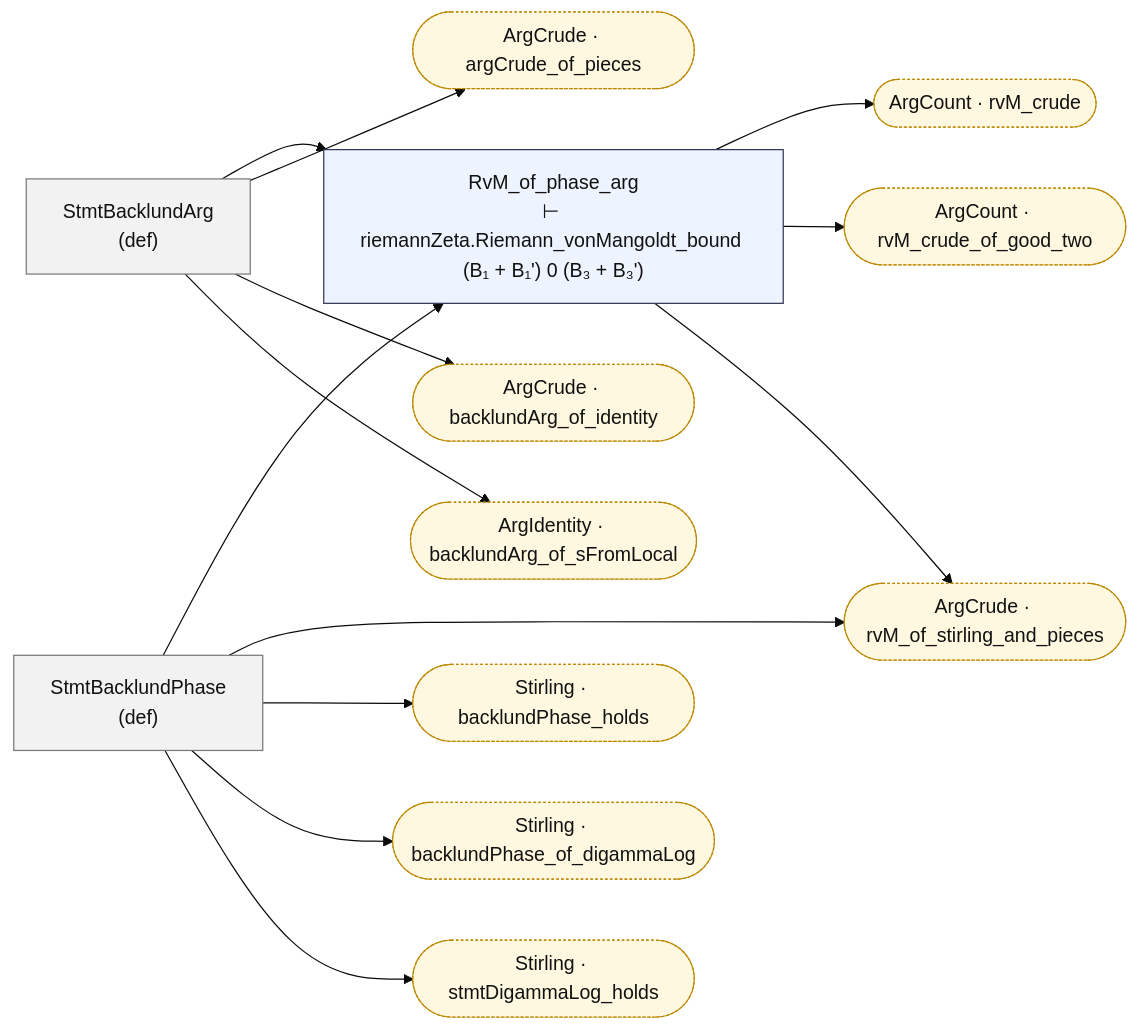
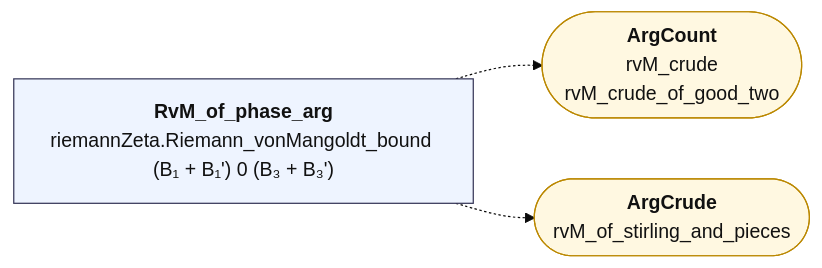
The diagram in map/lean_stage3/RvMCrude.md (juliansambranojr/Primebeat_081426), drawn with Mermaid (base theme) before and after one commit. The commit also changed other lines of this file and 387 other files, not shown here.

````diff
--- a/map/lean_stage3/RvMCrude.md
+++ b/map/lean_stage3/RvMCrude.md
@@ -8,33 +12,13 @@
 ```mermaid
 flowchart LR
-  n0["StmtBacklundPhase<br/>(def)"]:::dfn
-  n1["StmtBacklundArg<br/>(def)"]:::dfn
-  n2["RvM_of_phase_arg<br/>⊢ riemannZeta.Riemann_vonMangoldt_bound (B₁ + B₁') 0 (B₃ + B₃')"]:::thm
-  x0(["ArgCount · rvM_crude"]):::ext
-  x1(["ArgCount · rvM_crude_of_good_two"]):::ext
-  x2(["ArgCrude · argCrude_of_pieces"]):::ext
-  x3(["ArgCrude · backlundArg_of_identity"]):::ext
-  x4(["ArgCrude · rvM_of_stirling_and_pieces"]):::ext
-  x5(["ArgIdentity · backlundArg_of_sFromLocal"]):::ext
-  x6(["Stirling · backlundPhase_holds"]):::ext
-  x7(["Stirling · backlundPhase_of_digammaLog"]):::ext
-  x8(["Stirling · stmtDigammaLog_holds"]):::ext
-  n0 --> n2
-  n0 --> x4
-  n0 --> x6
-  n0 --> x7
-  n0 --> x8
-  n1 --> n2
-  n1 --> x2
-  n1 --> x3
-  n1 --> x5
-  n2 --> x0
-  n2 --> x1
-  n2 --> x4
+  n0["<b>RvM_of_phase_arg</b><br/>riemannZeta.Riemann_vonMangoldt_bound (B₁ + B₁') 0 (B₃ + B₃')"]:::thm
+  x0(["<b>ArgCount</b><br/>rvM_crude<br/>rvM_crude_of_good_two"]):::ext
+  x1(["<b>ArgCrude</b><br/>rvM_of_stirling_and_pieces"]):::ext
+  n0 -.-> x0
+  n0 -.-> x1
   classDef thm fill:#eef4ff,stroke:#335,color:#111
-  classDef dfn fill:#f2f2f2,stroke:#777,color:#111
   classDef end_ fill:#e7f7e7,stroke:#2a7,color:#111,stroke-width:2px
   classDef lone fill:#fff,stroke:#999,color:#111,stroke-dasharray:4 3
   classDef bad fill:#ffe5e5,stroke:#c22,color:#111,stroke-width:2px
-  classDef ext fill:#fff8e1,stroke:#b80,color:#111,stroke-dasharray:2 2
+  classDef ext fill:#fff8e1,stroke:#b80,color:#111
 ```
````
